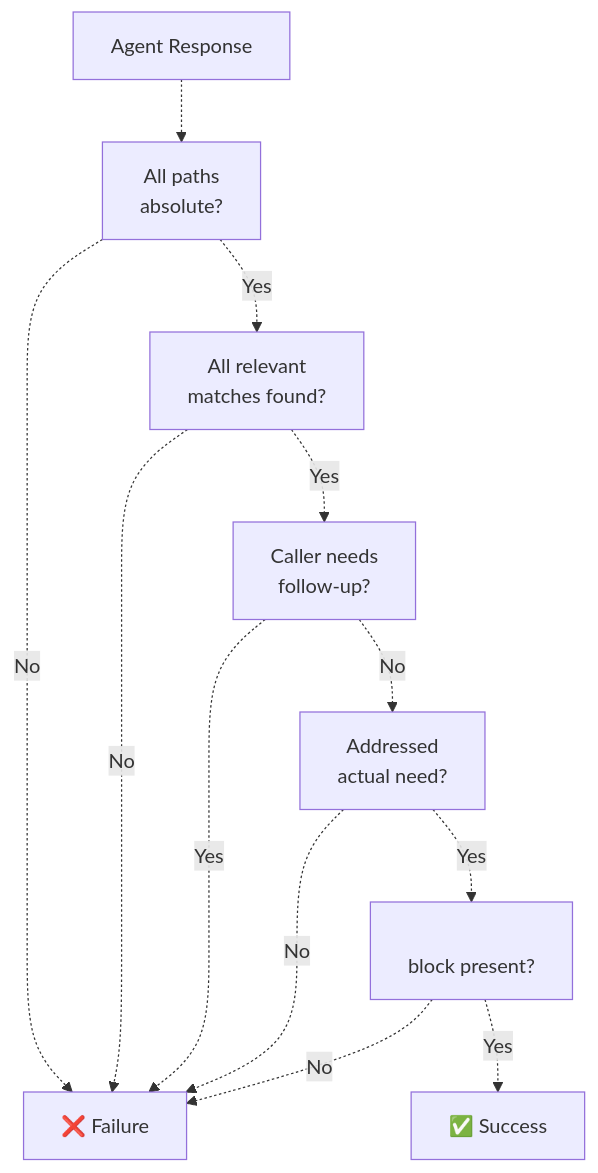
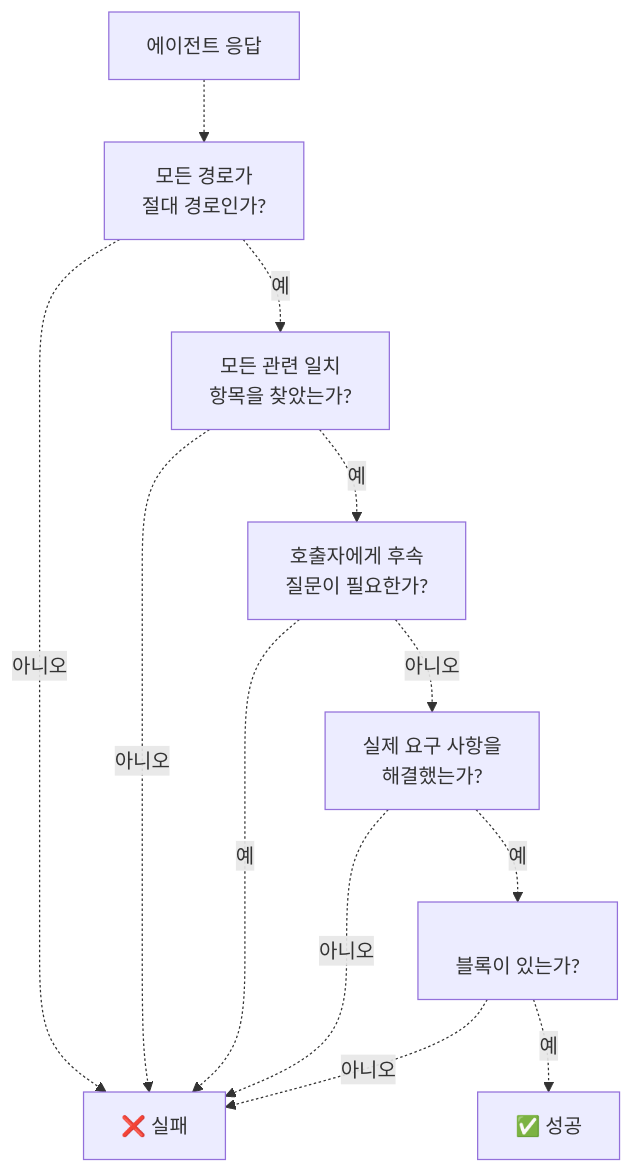
The fifth of 7 diagrams in docs/agents/explore-agent.md (felipetruman/oh-my-opencode-docs), drawn with Mermaid before and after one commit. The commit also changed other lines of this file and 76 other files, not shown here.

````diff
--- a/docs/agents/explore-agent.md
+++ b/docs/agents/explore-agent.md
@@ -224,24 +224,24 @@
 ```mermaid
 flowchart TD
 
-Response["Agent Response"]
-CheckPath["All paths<br>absolute?"]
-CheckComplete["All relevant<br>matches found?"]
-CheckActionable["Caller needs<br>follow-up?"]
-CheckIntent["Addressed<br>actual need?"]
-CheckStructure["<results><br>block present?"]
-Success["✅ Success"]
-Failure["❌ Failure"]
+Response["에이전트 응답"]
+CheckPath["모든 경로가<br>절대 경로인가?"]
+CheckComplete["모든 관련 일치<br>항목을 찾았는가?"]
+CheckActionable["호출자에게 후속<br>질문이 필요한가?"]
+CheckIntent["실제 요구 사항을<br>해결했는가?"]
+CheckStructure["<results><br>블록이 있는가?"]
+Success["✅ 성공"]
+Failure["❌ 실패"]
 
 Response -.-> CheckPath
-CheckPath -.->|"No"| Failure
-CheckPath -.->|"Yes"| CheckComplete
-CheckComplete -.->|"No"| Failure
-CheckComplete -.->|"Yes"| CheckActionable
-CheckActionable -.->|"Yes"| Failure
-CheckActionable -.->|"No"| CheckIntent
-CheckIntent -.->|"No"| Failure
-CheckIntent -.->|"Yes"| CheckStructure
-CheckStructure -.->|"No"| Failure
-CheckStructure -.->|"Yes"| Success
+CheckPath -.->|"아니오"| Failure
+CheckPath -.->|"예"| CheckComplete
+CheckComplete -.->|"아니오"| Failure
+CheckComplete -.->|"예"| CheckActionable
+CheckActionable -.->|"예"| Failure
+CheckActionable -.->|"아니오"| CheckIntent
+CheckIntent -.->|"아니오"| Failure
+CheckIntent -.->|"예"| CheckStructure
+CheckStructure -.->|"아니오"| Failure
+CheckStructure -.->|"예"| Success
 ```
````
